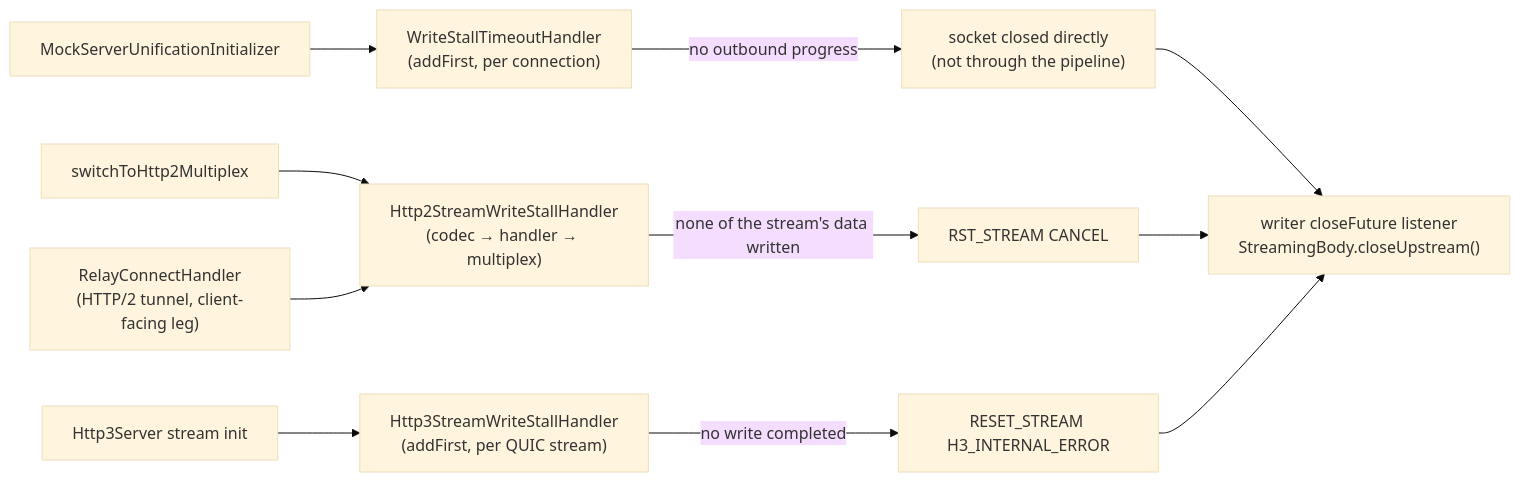
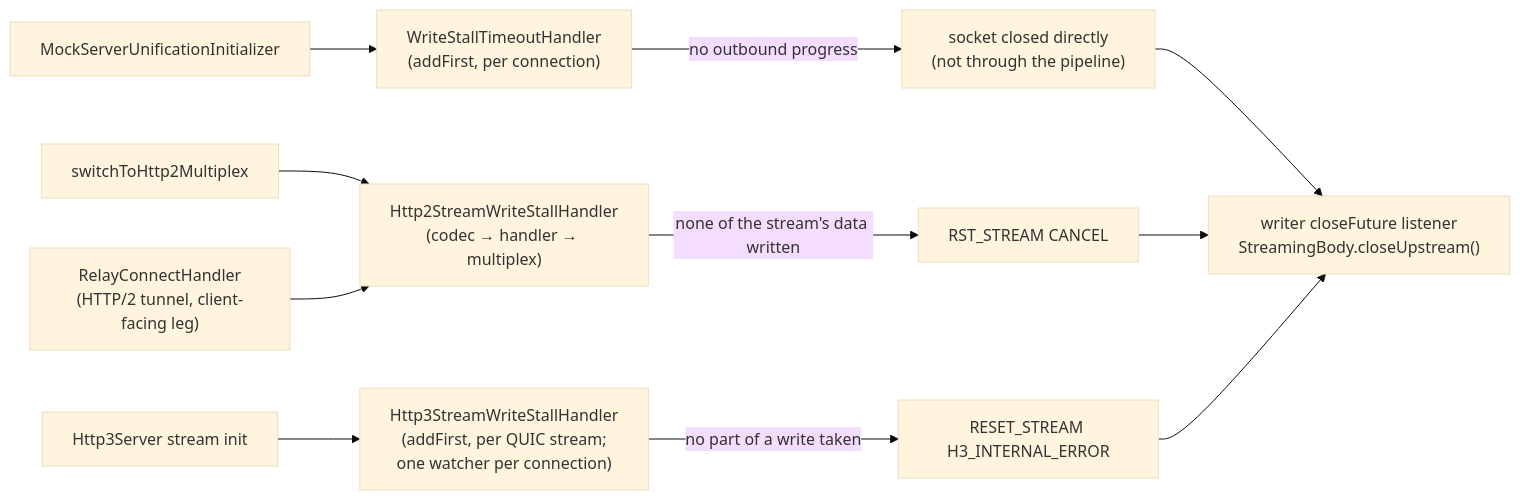
One commit to inspire12/mockserver changed the fifth of 23 diagrams in docs/code/netty-pipeline.md. Above: the diagram before and after it, drawn with Mermaid (base theme). The commit also changed other lines of this file and 13 other files, not shown here.

````diff
--- a/docs/code/netty-pipeline.md
+++ b/docs/code/netty-pipeline.md
@@ -287,13 +287,13 @@
 ```mermaid
 flowchart LR
     ACC["MockServerUnificationInitializer"] --> TCP["WriteStallTimeoutHandler\n(addFirst, per connection)"]
     H2["switchToHttp2Multiplex"] --> S2["Http2StreamWriteStallHandler\n(codec → handler → multiplex)"]
     RL["RelayConnectHandler\n(HTTP/2 tunnel, client-facing leg)"] --> S2
-    Q["Http3Server stream init"] --> S3["Http3StreamWriteStallHandler\n(addFirst, per QUIC stream)"]
+    Q["Http3Server stream init"] --> S3["Http3StreamWriteStallHandler\n(addFirst, per QUIC stream;\none watcher per connection)"]
     TCP -->|"no outbound progress"| CLOSE["socket closed directly\n(not through the pipeline)"]
     S2 -->|"none of the stream's data written"| RST2["RST_STREAM CANCEL"]
-    S3 -->|"no write completed"| RST3["RESET_STREAM H3_INTERNAL_ERROR"]
+    S3 -->|"no part of a write taken"| RST3["RESET_STREAM H3_INTERNAL_ERROR"]
     CLOSE --> UP["writer closeFuture listener\nStreamingBody.closeUpstream()"]
     RST2 --> UP
     RST3 --> UP
 ```
````
